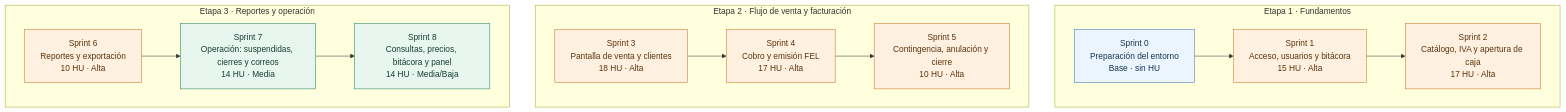
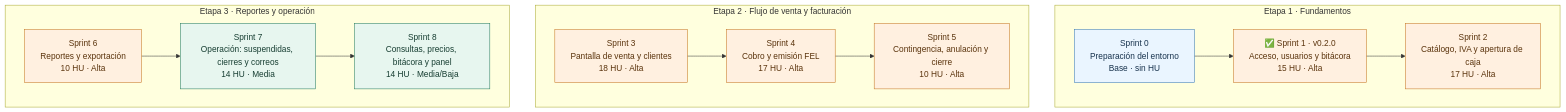
One commit to Sergio-Dominguez05/pos-supermercado changed the third of 3 diagrams in README.md. Above: the diagram before and after it, drawn with Mermaid. The commit also changed other lines of this file and 1 other file, not shown here.

First line of the commit message:
docs: actualizar el README al cierre del Sprint 1

````diff
--- a/README.md
+++ b/README.md
@@ -141,24 +156,24 @@
 ```mermaid
 flowchart TB
     subgraph BASE["Etapa 1 · Fundamentos"]
         direction LR
-        S0["Sprint 0<br/>Preparación del entorno<br/>Base · sin HU"] --> S1["Sprint 1<br/>Acceso, usuarios y bitácora<br/>15 HU · Alta"] --> S2["Sprint 2<br/>Catálogo, IVA y apertura de caja<br/>17 HU · Alta"]
+        S0["Sprint 0<br/>Preparación del entorno<br/>Base · sin HU"] --> S1["✅ Sprint 1 · v0.2.0<br/>Acceso, usuarios y bitácora<br/>15 HU · Alta"] --> S2["Sprint 2<br/>Catálogo, IVA y apertura de caja<br/>17 HU · Alta"]
     end
 
     subgraph NUCLEO["Etapa 2 · Flujo de venta y facturación"]
         direction LR
         S3["Sprint 3<br/>Pantalla de venta y clientes<br/>18 HU · Alta"] --> S4["Sprint 4<br/>Cobro y emisión FEL<br/>17 HU · Alta"] --> S5["Sprint 5<br/>Contingencia, anulación y cierre<br/>10 HU · Alta"]
     end
 
     subgraph MEJORAS["Etapa 3 · Reportes y operación"]
         direction LR
         S6["Sprint 6<br/>Reportes y exportación<br/>10 HU · Alta"] --> S7["Sprint 7<br/>Operación: suspendidas, cierres y correos<br/>14 HU · Media"] --> S8["Sprint 8<br/>Consultas, precios, bitácora y panel<br/>14 HU · Media/Baja"]
     end
 
     classDef base fill:#eaf5ff,stroke:#3275b3,color:#17324d;
     classDef alta fill:#fff0e0,stroke:#c47420,color:#5a330c;
     classDef media fill:#e7f6ef,stroke:#21795d,color:#173e32;
     class S0 base;
     class S1,S2,S3,S4,S5,S6 alta;
     class S7,S8 media;
 ```
````
